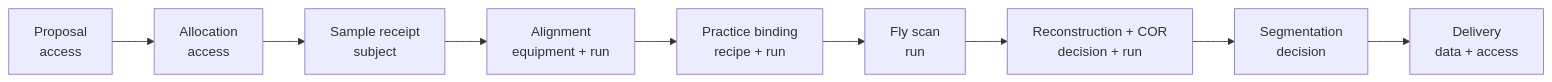
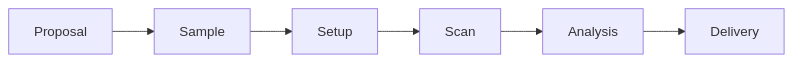
The diagram in docs/projects/35-bm/index.md (mittoalb/cora), drawn with Mermaid before and after one commit. The commit also changed other lines of this file and 23 other files, not shown here.

````diff
--- a/docs/projects/35-bm/index.md
+++ b/docs/projects/35-bm/index.md
@@ -17,11 +17,4 @@
 ```mermaid
 flowchart LR
-    P[Proposal<br/>access] --> A[Allocation<br/>access]
-    A --> S[Sample receipt<br/>subject]
-    S --> AL[Alignment<br/>equipment + run]
-    AL --> PB[Practice binding<br/>recipe + run]
-    PB --> SC[Fly scan<br/>run]
-    SC --> R[Reconstruction + COR<br/>decision + run]
-    R --> SG[Segmentation<br/>decision]
-    SG --> D[Delivery<br/>data + access]
+    P[Proposal] --> S[Sample] --> SU[Setup] --> SC[Scan] --> A[Analysis] --> D[Delivery]
 ```
````
